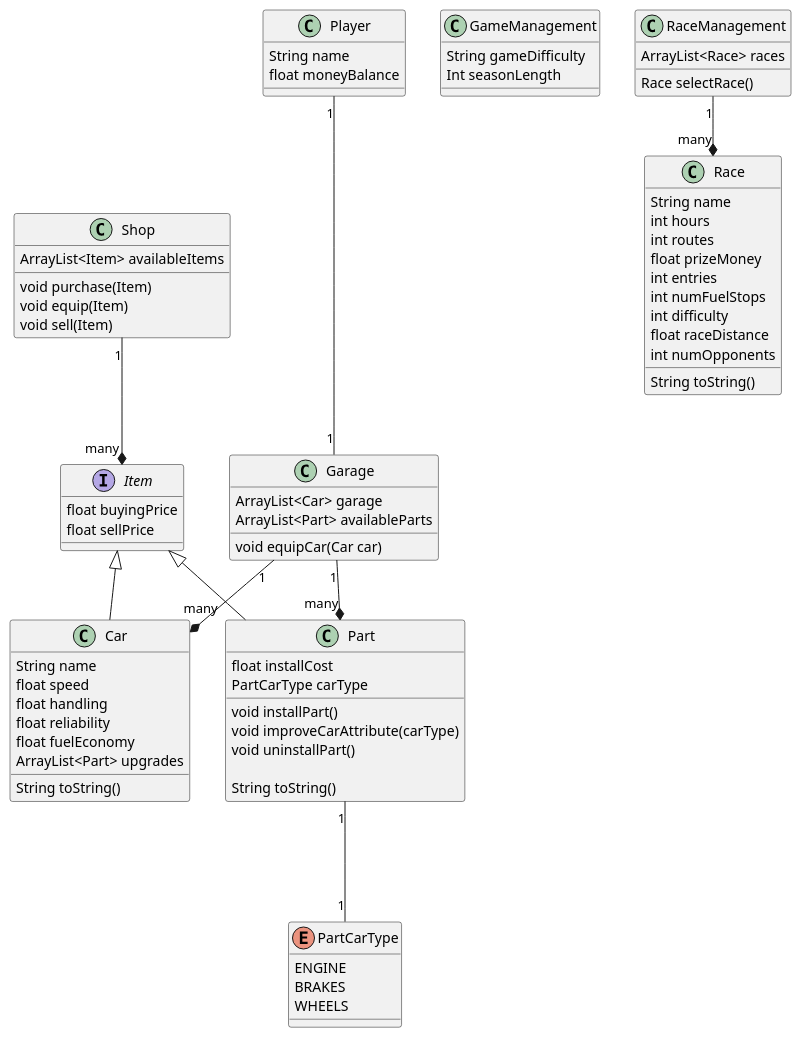
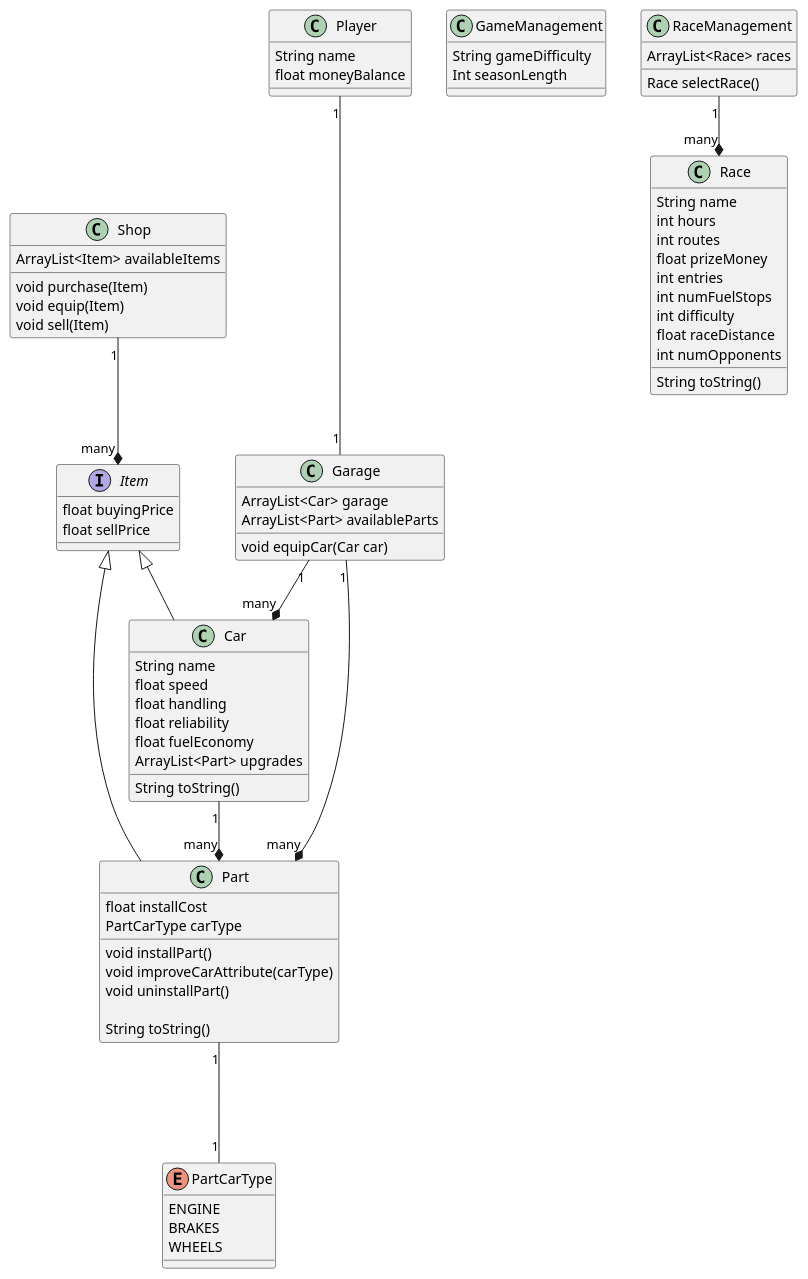
One commit to riz3ndrr/seng201-project-driftfever changed the diagram in uml-diagrams/class.puml. Above: the diagram before and after it, drawn with PlantUML. The commit also changed 4 other files, not shown here.

```diff
--- a/uml-diagrams/class.puml
+++ b/uml-diagrams/class.puml
@@ -1,102 +1,103 @@
 @startuml
 
 Class Car {
     String name
     float speed
     float handling  
     float reliability
     float fuelEconomy
     ArrayList<Part> upgrades
 
     String toString()
 
     
 }
 
 Interface Item {
     float buyingPrice
     float sellPrice
     
 }
 'find special arrow for interace
 
 Item <|-- Car
 Item <|-- Part
 
 Class Player {
     String name
     float moneyBalance
     
 }
 
 Class GameManagement {
     String gameDifficulty
     Int seasonLength
 
 }
 
 Class Shop {
     ArrayList<Item> availableItems
 
     void purchase(Item)
     void equip(Item)
     void sell(Item)
 }
 
 Class Garage {
     ArrayList<Car> garage
     ArrayList<Part> availableParts
     
     void equipCar(Car car)
 }
 
 Garage "1" --* "many" Car
+Car "1" --* "many" Part
 Garage "1" --* "many" Part
 Shop "1" --* "many" Item
 
 Player "1" --- "1" Garage
 
 Enum PartCarType{
     ENGINE
     BRAKES
     WHEELS
 
 }
 
 Class Part {
     float installCost
     PartCarType carType
 
     void installPart()
     void improveCarAttribute(carType)
     void uninstallPart()
 
     String toString()
 }
 
 Part "1" --- "1" PartCarType
 
 Class RaceManagement {
     ArrayList<Race> races
 
     Race selectRace()
 }
 
 RaceManagement "1" --* "many" Race
 
 Class Race {
     String name
     int hours
     int routes
     float prizeMoney
     int entries
     int numFuelStops
     int difficulty
     float raceDistance
     int numOpponents
 
     String toString()
 }
 
 
 @enduml
```
